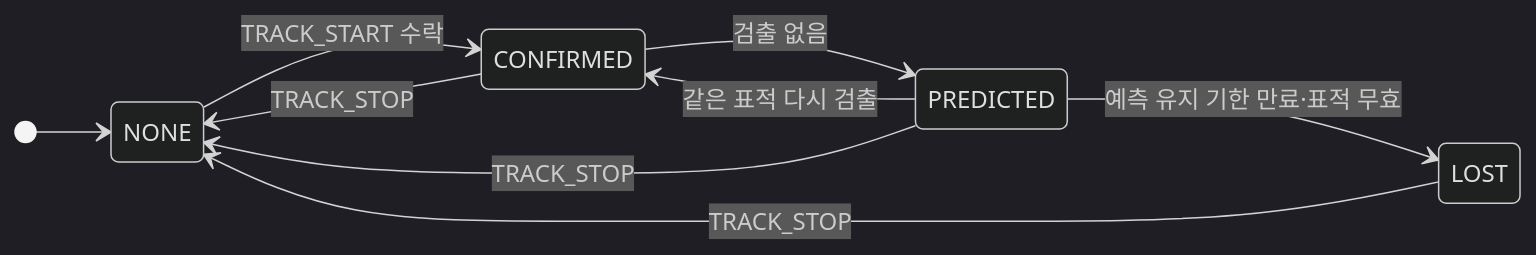
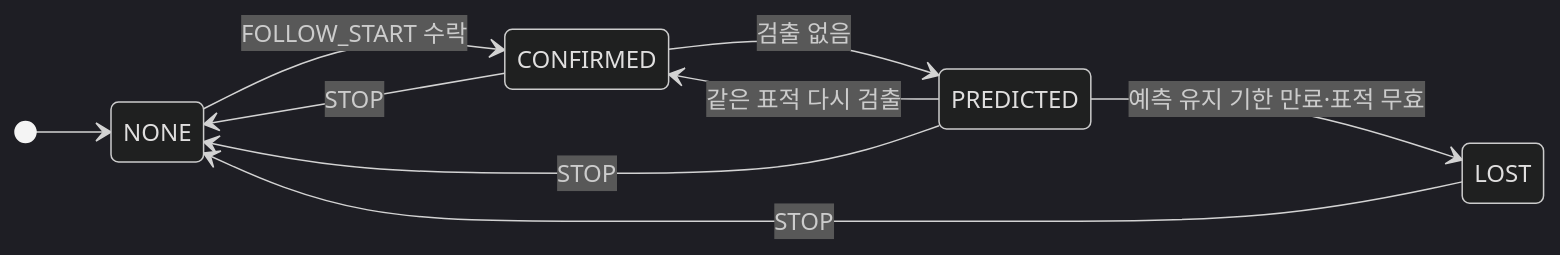
One commit to lig-argus/argus-edge-vision changed the second of 2 diagrams in docs/design/uml/state_machine.md. Above: the diagram before and after it, drawn with Mermaid (dark theme). The commit also changed other lines of this file and 17 other files, not shown here.

````diff
--- a/docs/design/uml/state_machine.md
+++ b/docs/design/uml/state_machine.md
@@ -64,12 +64,12 @@
 ```mermaid
 stateDiagram-v2
     direction LR
     [*] --> NONE
-    NONE --> CONFIRMED : TRACK_START 수락
+    NONE --> CONFIRMED : FOLLOW_START 수락
     CONFIRMED --> PREDICTED : 검출 없음
     PREDICTED --> CONFIRMED : 같은 표적 다시 검출
     PREDICTED --> LOST : 예측 유지 기한 만료·표적 무효
-    CONFIRMED --> NONE : TRACK_STOP
-    PREDICTED --> NONE : TRACK_STOP
-    LOST --> NONE : TRACK_STOP
+    CONFIRMED --> NONE : STOP
+    PREDICTED --> NONE : STOP
+    LOST --> NONE : STOP
 ```
````
